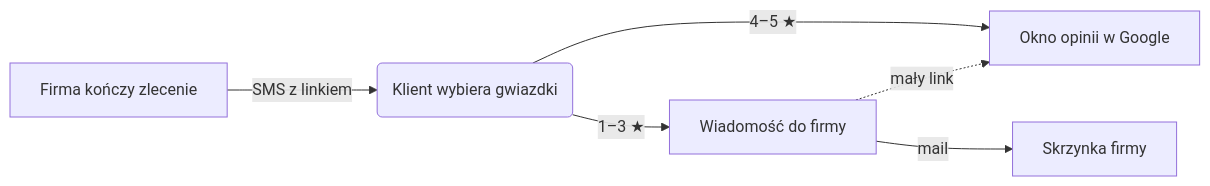
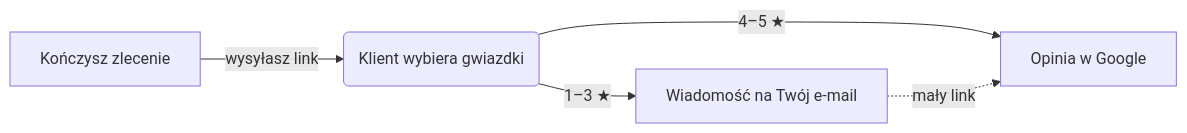
Before and after one commit to designhouseme/ReviewLink: the diagram in README.md, drawn with Mermaid. The commit also changed other lines of this file and 6 other files, not shown here.

````diff
--- a/README.md
+++ b/README.md
@@ -24,8 +27,7 @@
 ```mermaid
 flowchart LR
-  A[Firma kończy zlecenie] -->|SMS z linkiem| B(Klient wybiera gwiazdki)
-  B -->|4–5 ★| C[Okno opinii w Google]
-  B -->|1–3 ★| D[Wiadomość do firmy]
-  D -->|mail| E[Skrzynka firmy]
+  A[Kończysz zlecenie] -->|wysyłasz link| B(Klient wybiera gwiazdki)
+  B -->|4–5 ★| C[Opinia w Google]
+  B -->|1–3 ★| D[Wiadomość na Twój e-mail]
   D -. mały link .-> C
 ```
````
